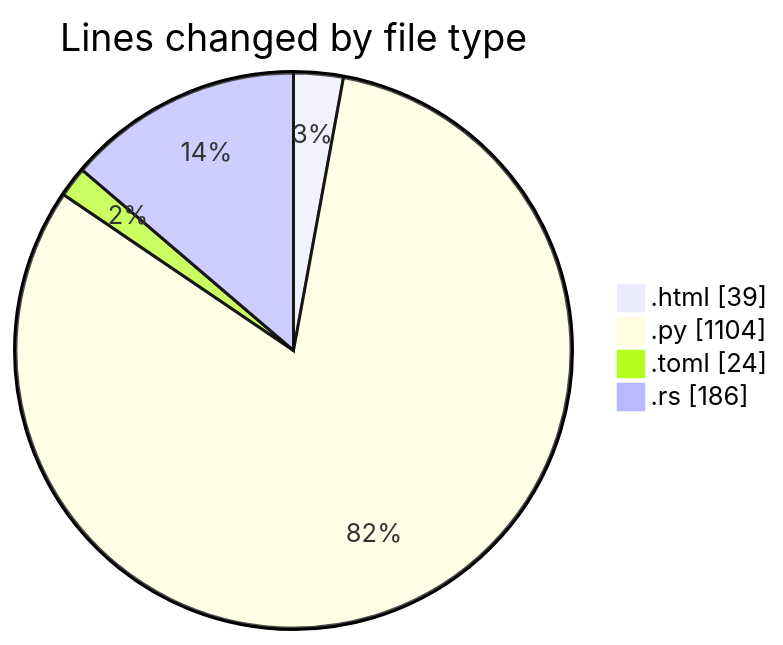
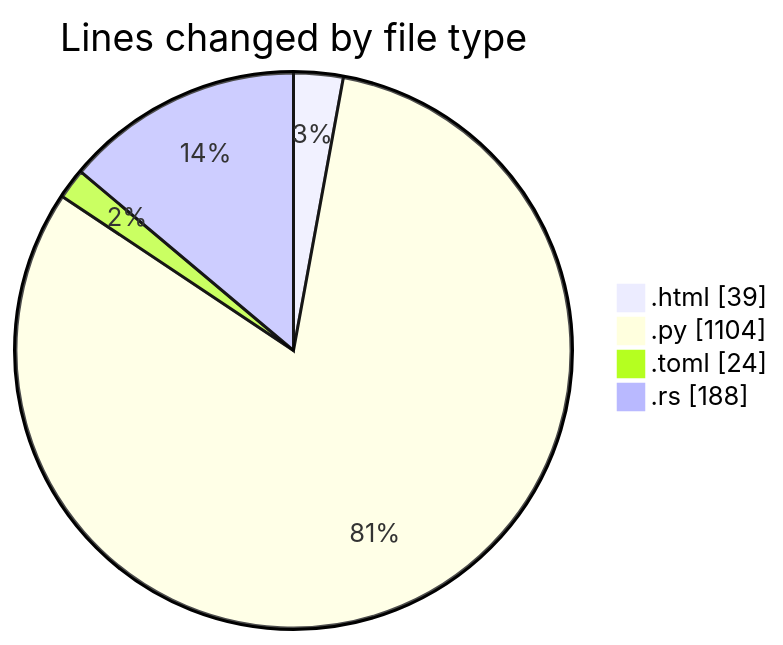
Before and after one commit to Ritupan-Deka/code-tracking: the first of 2 diagrams in 2025-06-22/___base/README.md, drawn with Mermaid. The commit also changed other lines of this file and 1 other file, not shown here.

````diff
--- a/2025-06-22/___base/README.md
+++ b/2025-06-22/___base/README.md
@@ -25,8 +25,8 @@
 ```mermaid
 pie showData
 title Lines changed by file type
 ".html" : 39
 ".py" : 1104
 ".toml" : 24
-".rs" : 186
+".rs" : 188
 ```
````
